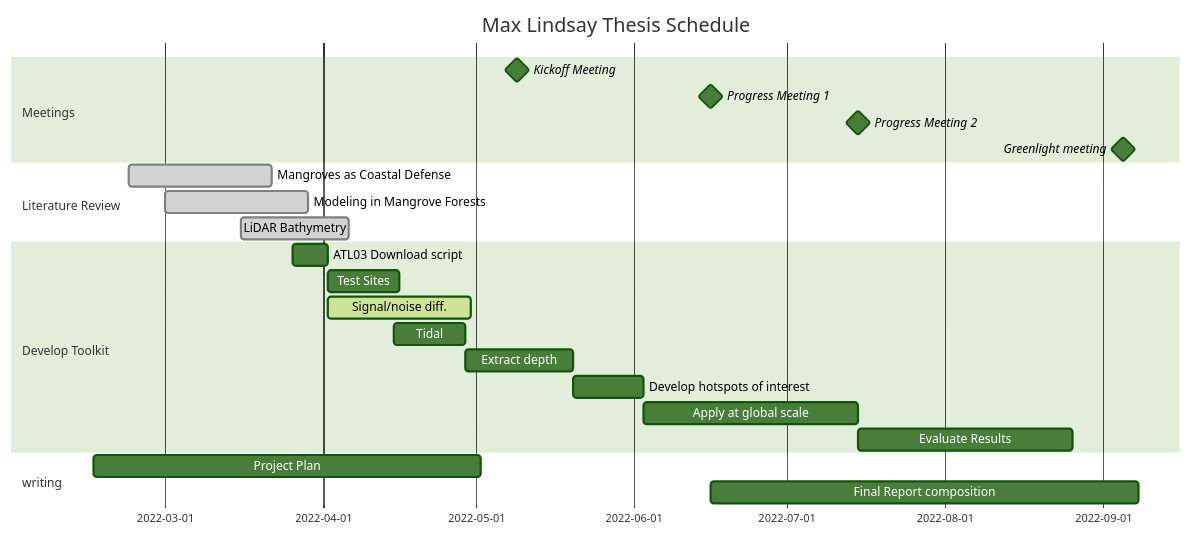
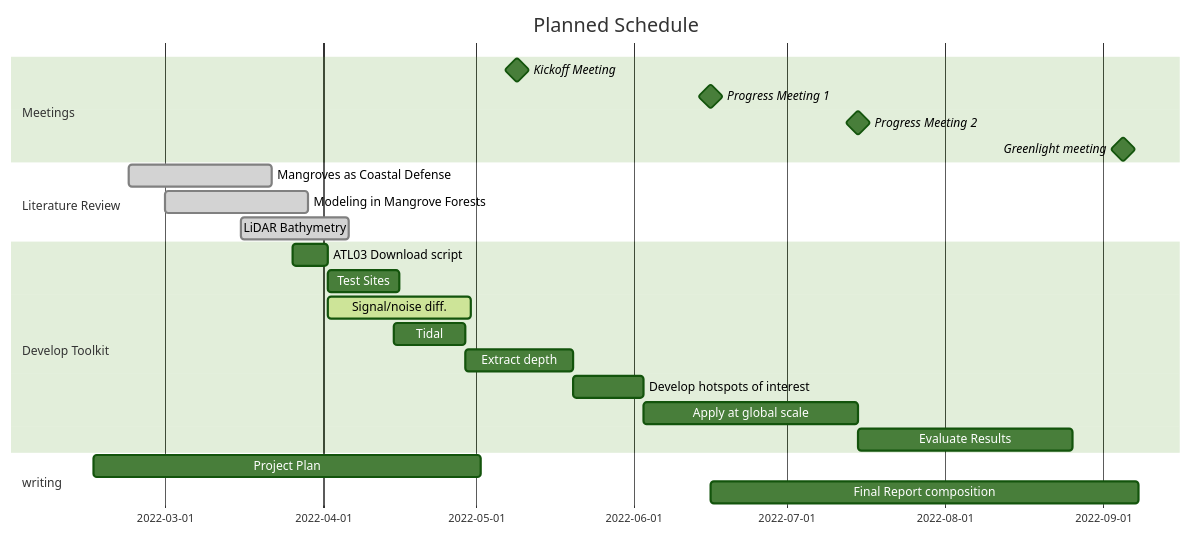
The diagram in document/figures/thesis-schedule.mmd (mlinds/thesis), drawn with Mermaid before and after one commit. The commit also changed 1 other file, not shown here.

```diff
--- a/document/figures/thesis-schedule.mmd
+++ b/document/figures/thesis-schedule.mmd
@@ -1,27 +1,28 @@
 %%{init: {'theme':'forest'}}%%
 gantt
-    title Max Lindsay Thesis Schedule
+    title Planned Schedule
     dateFormat YYYY-MM-DD
+    todayMarker stroke:#253a79,opacity:0.5
 
     section Meetings
     Kickoff Meeting: milestone, m1, 2022-05-09, 0d
     Progress Meeting 1: milestone, m2, 2022-06-16,0d
     Progress Meeting 2: milestone, m3, 2022-07-15,0d
     Greenlight meeting: milestone, m4, 2022-09-05,0d
     section Literature Review
     Mangroves as Coastal Defense:done, 2022-02-22,4w 
     Modeling in Mangrove Forests:done, 2022-03-01,4w 
     LiDAR Bathymetry:done, 2022-03-16,3w 
     section Develop Toolkit
     ATL03 Download script: download,2022-03-26,1w
     Test Sites:2w
     Signal/noise diff.: active, after download, 4w
     Tidal: tide,2022-04-15, 2w
     Extract depth: depth,after tide,3w
     Develop hotspots of interest:hotspots, after depth, 2w
     Apply at global scale:application, after hotspots,6w
     Evaluate Results: after application, 6w
 
     section writing
     Project Plan: 2022-02-15, 2022-05-02
     Final Report composition: after m2, 12w
```
